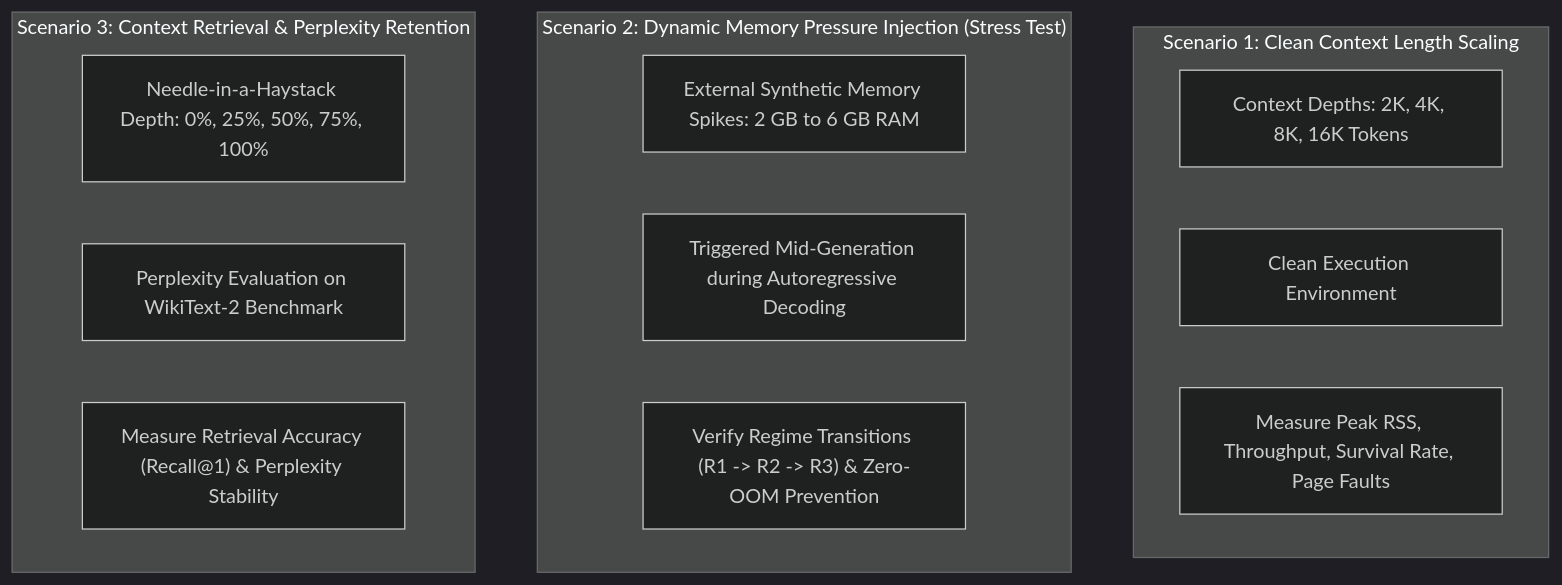
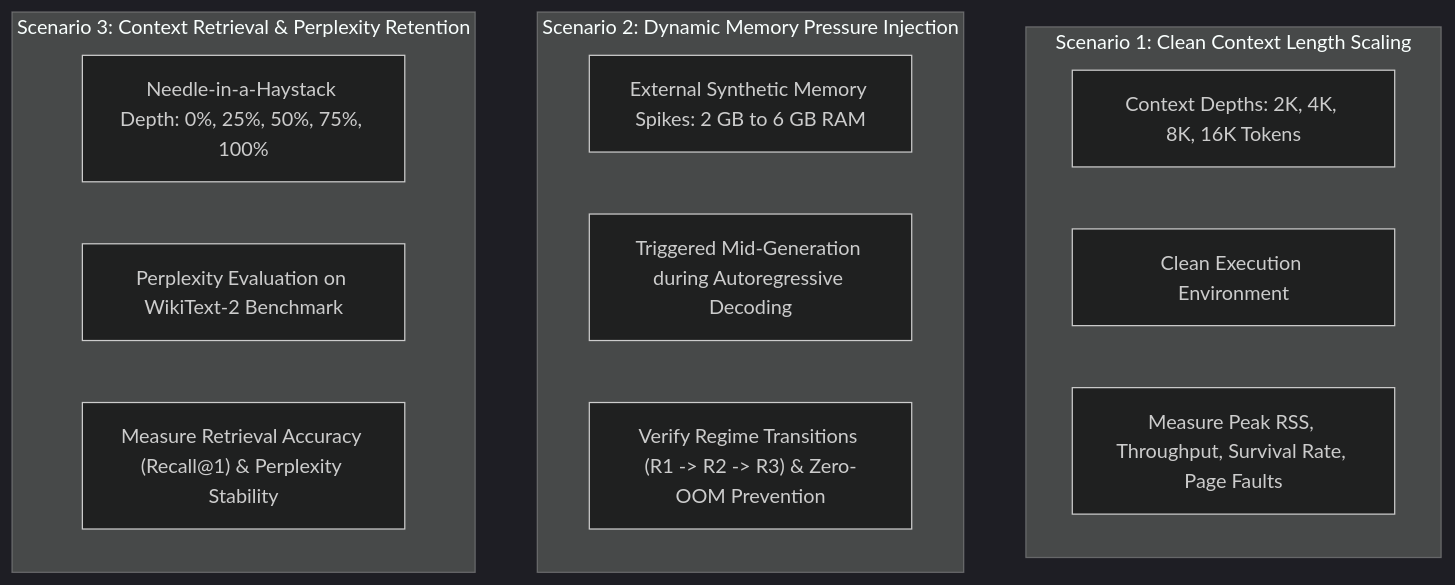
One commit to ridwanmubarok/amuquant changed the diagram in docs/04_EXPERIMENTAL_METHODOLOGY.md. Above: the diagram before and after it, drawn with Mermaid (dark theme). The commit also changed other lines of this file and 5 other files, not shown here.

````diff
--- a/docs/04_EXPERIMENTAL_METHODOLOGY.md
+++ b/docs/04_EXPERIMENTAL_METHODOLOGY.md
@@ -52,20 +160,20 @@
 ```mermaid
 flowchart TD
     subgraph S1 ["Scenario 1: Clean Context Length Scaling"]
         S1_In["Context Depths: 2K, 4K, 8K, 16K Tokens"]
         S1_Env["Clean Execution Environment"]
         S1_Out["Measure Peak RSS, Throughput, Survival Rate, Page Faults"]
     end
 
-    subgraph S2 ["Scenario 2: Dynamic Memory Pressure Injection (Stress Test)"]
+    subgraph S2 ["Scenario 2: Dynamic Memory Pressure Injection"]
         S2_In["External Synthetic Memory Spikes: 2 GB to 6 GB RAM"]
         S2_Trigger["Triggered Mid-Generation during Autoregressive Decoding"]
         S2_Out["Verify Regime Transitions (R1 -> R2 -> R3) & Zero-OOM Prevention"]
     end
 
     subgraph S3 ["Scenario 3: Context Retrieval & Perplexity Retention"]
         S3_In["Needle-in-a-Haystack Depth: 0%, 25%, 50%, 75%, 100%"]
         S3_PPL["Perplexity Evaluation on WikiText-2 Benchmark"]
         S3_Out["Measure Retrieval Accuracy (Recall@1) & Perplexity Stability"]
     end
 ```
````
